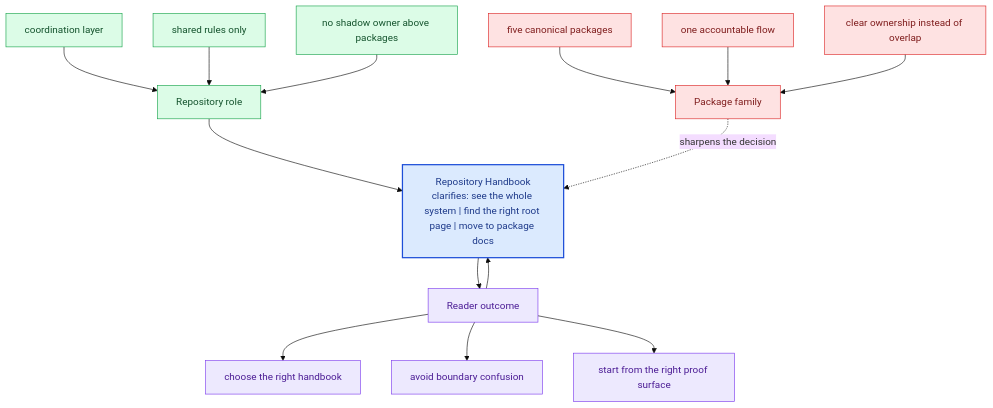
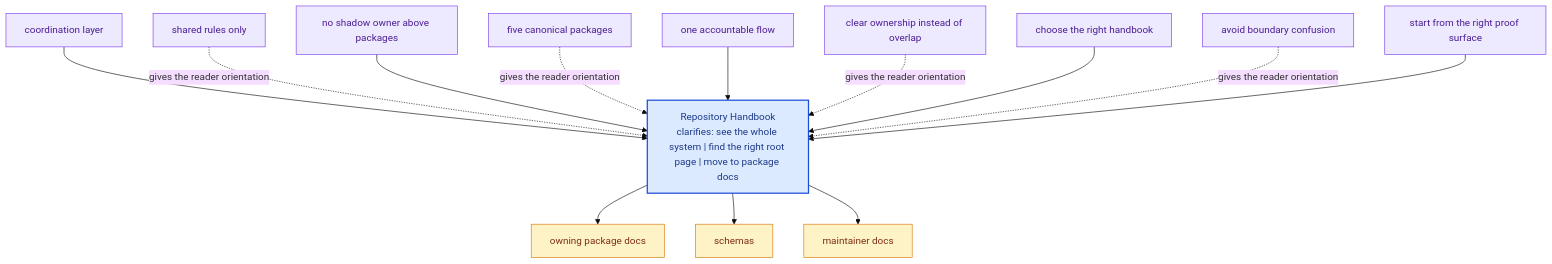
The diagram in docs/bijux-canon/index.md (bijux/bijux-canon), drawn with Mermaid (base theme) before and after one commit. The commit also changed other lines of this file and 281 other files, not shown here.

Commit message:
docs(diagrams): replace repeated mermaid scaffolds with page-specific summaries

````diff
--- a/docs/bijux-canon/index.md
+++ b/docs/bijux-canon/index.md
@@ -84,40 +39,36 @@
 ```mermaid
 flowchart TB
-    promise["Repository Handbook<br/>clarifies: see the whole system | find the right root page | move to package docs"]
-    classDef promise fill:#dbeafe,stroke:#1d4ed8,color:#1e3a8a,stroke-width:2px;
-    classDef driver fill:#dcfce7,stroke:#16a34a,color:#14532d;
-    classDef constraint fill:#fee2e2,stroke:#dc2626,color:#7f1d1d;
-    classDef ground fill:#ede9fe,stroke:#7c3aed,color:#4c1d95;
-    focus1["Repository role"]
-    focus1 --> promise
-    focus1_1["coordination layer"]
-    focus1_1 --> focus1
-    focus1_2["shared rules only"]
-    focus1_2 --> focus1
-    focus1_3["no shadow owner above packages"]
-    focus1_3 --> focus1
-    class focus1 driver;
-    class focus1_1,focus1_2,focus1_3 driver;
-    focus2["Package family"]
-    focus2 -.sharpens the decision.-> promise
-    focus2_1["five canonical packages"]
-    focus2_1 --> focus2
-    focus2_2["one accountable flow"]
-    focus2_2 --> focus2
-    focus2_3["clear ownership instead of overlap"]
-    focus2_3 --> focus2
-    class focus2 constraint;
-    class focus2_1,focus2_2,focus2_3 constraint;
-    focus3["Reader outcome"]
-    focus3 --> promise
-    promise --> focus3
-    focus3_1["choose the right handbook"]
-    focus3 --> focus3_1
-    focus3_2["avoid boundary confusion"]
-    focus3 --> focus3_2
-    focus3_3["start from the right proof surface"]
-    focus3 --> focus3_3
-    class focus3 ground;
-    class focus3_1,focus3_2,focus3_3 ground;
-    class promise promise;
+    page["Repository Handbook<br/>clarifies: see the whole system | find the right root page | move to package docs"]
+    classDef page fill:#dbeafe,stroke:#1d4ed8,color:#1e3a8a,stroke-width:2px;
+    classDef positive fill:#dcfce7,stroke:#16a34a,color:#14532d;
+    classDef caution fill:#fee2e2,stroke:#dc2626,color:#7f1d1d;
+    classDef anchor fill:#ede9fe,stroke:#7c3aed,color:#4c1d95;
+    classDef action fill:#fef3c7,stroke:#d97706,color:#7c2d12;
+    detail1["coordination layer"]
+    detail1 --> page
+    detail2["shared rules only"]
+    detail2 -.gives the reader orientation.-> page
+    detail3["no shadow owner above packages"]
+    detail3 --> page
+    detail4["five canonical packages"]
+    detail4 -.gives the reader orientation.-> page
+    detail5["one accountable flow"]
+    detail5 --> page
+    detail6["clear ownership instead of overlap"]
+    detail6 -.gives the reader orientation.-> page
+    detail7["choose the right handbook"]
+    detail7 --> page
+    detail8["avoid boundary confusion"]
+    detail8 -.gives the reader orientation.-> page
+    detail9["start from the right proof surface"]
+    detail9 --> page
+    next1["owning package docs"]
+    page --> next1
+    next2["schemas"]
+    page --> next2
+    next3["maintainer docs"]
+    page --> next3
+    class page page;
+    class detail1,detail2,detail3,detail4,detail5,detail6,detail7,detail8,detail9 anchor;
+    class next1,next2,next3 action;
 ```
````
